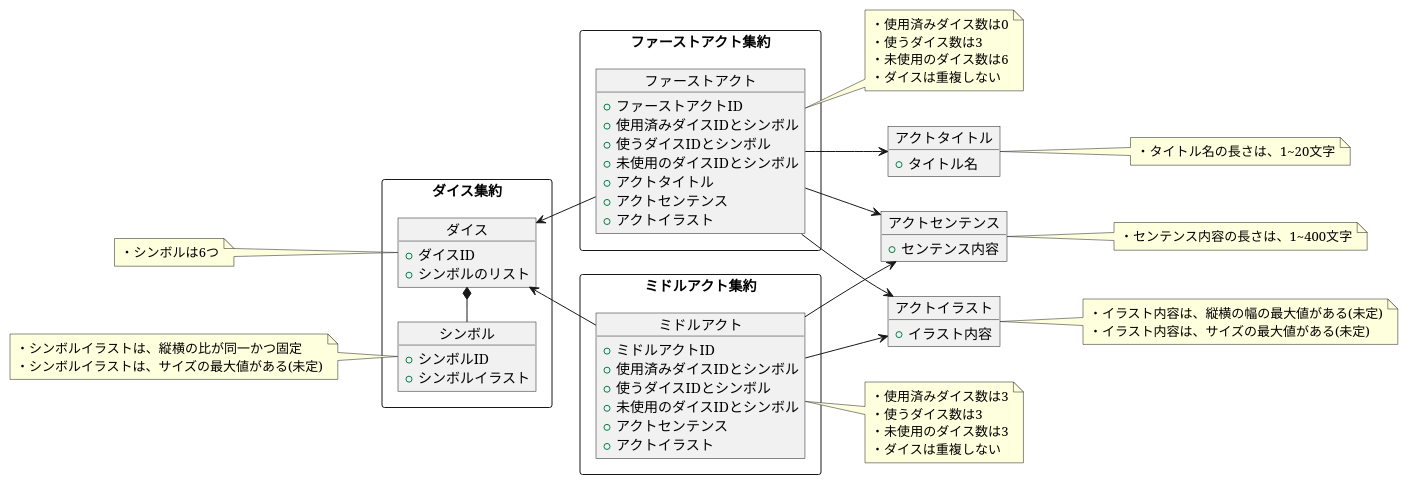
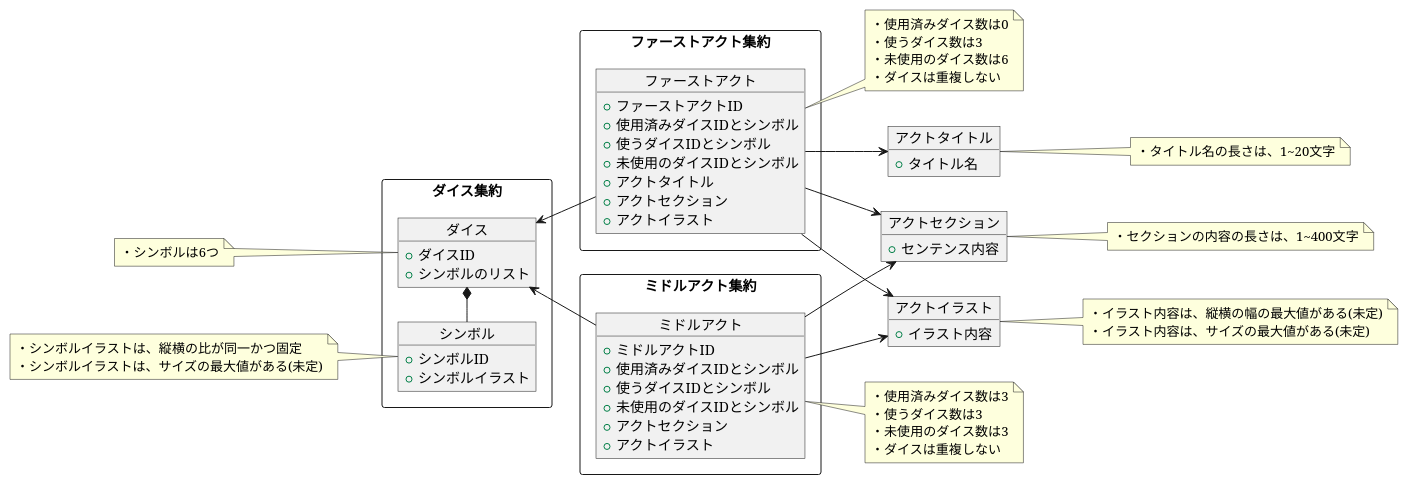
Before and after one commit to kazurego7/StoryCubesWeb: the diagram in documents/domainModel/Act.pu, drawn with PlantUML. The commit also changed 9 other files, not shown here.

```diff
--- a/documents/domainModel/Act.pu
+++ b/documents/domainModel/Act.pu
@@ -1,100 +1,100 @@
 @startuml FirstAct
 
 left to right direction
 
 rectangle ファーストアクト集約 {
     object ファーストアクト
 }
 
 object ファーストアクト {
     + ファーストアクトID
     + 使用済みダイスIDとシンボル
     + 使うダイスIDとシンボル
     + 未使用のダイスIDとシンボル
     + アクトタイトル
-    + アクトセンテンス
+    + アクトセクション
     + アクトイラスト
 }
 
 note right of ファーストアクト
 ・使用済みダイス数は0
 ・使うダイス数は3
 ・未使用のダイス数は6
 ・ダイスは重複しない
 end note
 
 rectangle ミドルアクト集約 {
     object ミドルアクト
 }
 
 object ミドルアクト {
     + ミドルアクトID
     + 使用済みダイスIDとシンボル
     + 使うダイスIDとシンボル
     + 未使用のダイスIDとシンボル
-    + アクトセンテンス
+    + アクトセクション
     + アクトイラスト
 }
 
 note right of ミドルアクト
 ・使用済みダイス数は3
 ・使うダイス数は3
 ・未使用のダイス数は3
 ・ダイスは重複しない
 end note
 
 object アクトタイトル {
     + タイトル名
 }
 ファーストアクト --> アクトタイトル
 note right of アクトタイトル
 ・タイトル名の長さは、1~20文字
 end note
 
-object アクトセンテンス {
+object アクトセクション {
     + センテンス内容
 }
-ファーストアクト --> アクトセンテンス
-ミドルアクト --> アクトセンテンス
-note right of アクトセンテンス
-・センテンス内容の長さは、1~400文字
+ファーストアクト --> アクトセクション
+ミドルアクト --> アクトセクション
+note right of アクトセクション
+・セクションの内容の長さは、1~400文字
 end note
 
 object アクトイラスト {
     + イラスト内容
 }
 ファーストアクト --> アクトイラスト
 ミドルアクト --> アクトイラスト
 note right of アクトイラスト
 ・イラスト内容は、縦横の幅の最大値がある(未定)
 ・イラスト内容は、サイズの最大値がある(未定)
 end note
 
 rectangle ダイス集約 {
     object ダイス
     object シンボル
     ファーストアクト -up-> ダイス
     ミドルアクト -up-> ダイス
     シンボル -left-* ダイス
 }
 
 object ダイス {
     + ダイスID
     + シンボルのリスト
 }
 
 note left of ダイス 
 ・シンボルは6つ
 end note
 
 object シンボル {
     + シンボルID
     + シンボルイラスト
 }
 
 note left of シンボル
 ・シンボルイラストは、縦横の比が同一かつ固定
 ・シンボルイラストは、サイズの最大値がある(未定)
 end note
 
 @enduml
```
